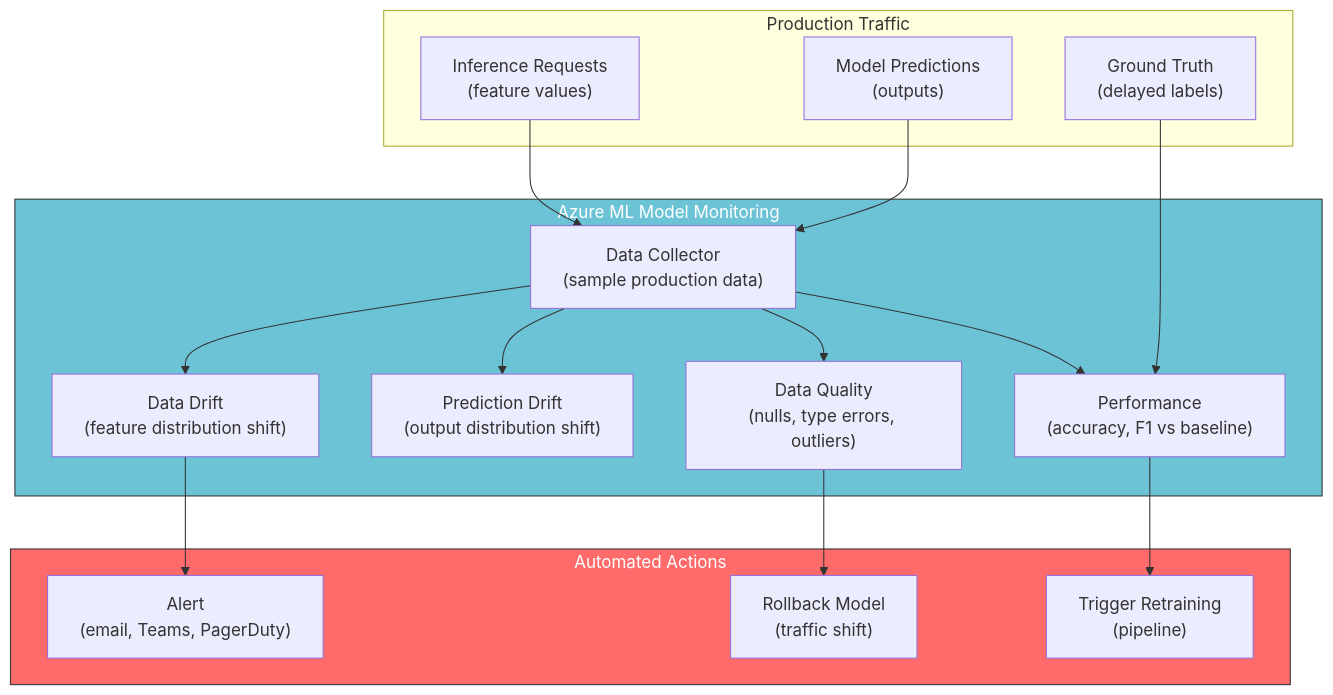
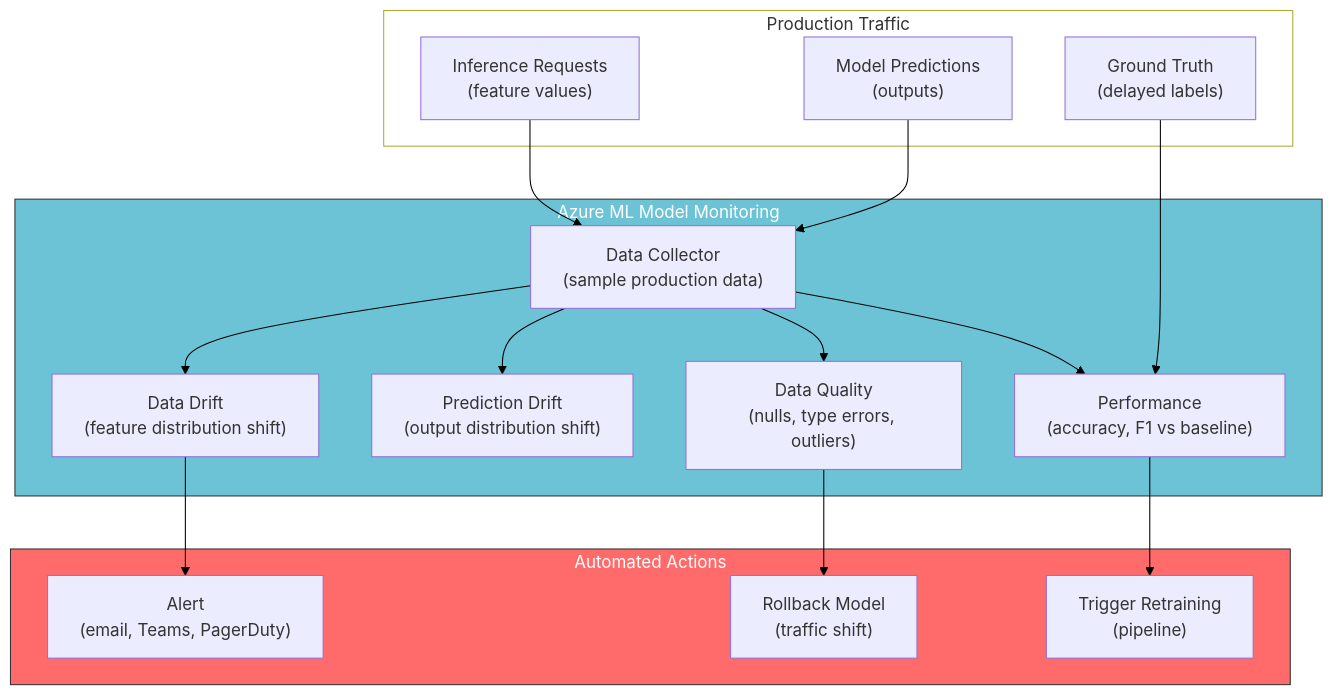
Before and after one commit to tanquangduong/tanquangduong.github.io: the eighth of 10 diagrams in posts/aiops-interview/MLOps-Interview-QA-2.qmd, drawn with Mermaid. The commit also changed other lines of this file and 204 other files, not shown here.

````diff
--- a/posts/aiops-interview/MLOps-Interview-QA-2.qmd
+++ b/posts/aiops-interview/MLOps-Interview-QA-2.qmd
@@ -699,38 +707,40 @@
 ```{mermaid}
 graph TD
+    linkStyle default stroke:#000,color:#000
     subgraph Production["Production Traffic"]
         INPUT["Inference Requests<br/>(feature values)"]
         PRED["Model Predictions<br/>(outputs)"]
         GT["Ground Truth<br/>(delayed labels)"]
     end
 
     subgraph Monitoring["Azure ML Model Monitoring"]
         COLLECT["Data Collector<br/>(sample production data)"]
         DRIFT["Data Drift<br/>(feature distribution shift)"]
         PRED_DRIFT["Prediction Drift<br/>(output distribution shift)"]
         QUALITY["Data Quality<br/>(nulls, type errors, outliers)"]
         PERF["Performance<br/>(accuracy, F1 vs baseline)"]
     end
 
     subgraph Actions["Automated Actions"]
         ALERT["Alert<br/>(email, Teams, PagerDuty)"]
         RETRAIN["Trigger Retraining<br/>(pipeline)"]
         ROLLBACK["Rollback Model<br/>(traffic shift)"]
     end
 
     INPUT --> COLLECT
     PRED --> COLLECT
     GT --> PERF
 
     COLLECT --> DRIFT
     COLLECT --> PRED_DRIFT
     COLLECT --> QUALITY
     COLLECT --> PERF
 
     DRIFT --> ALERT
     PERF --> RETRAIN
     QUALITY --> ROLLBACK
 
     style Monitoring fill:#6cc3d5,stroke:#333,color:#fff
     style Actions fill:#ff6b6b,stroke:#333,color:#fff
+    style Production fill:#fff
 ```
````
